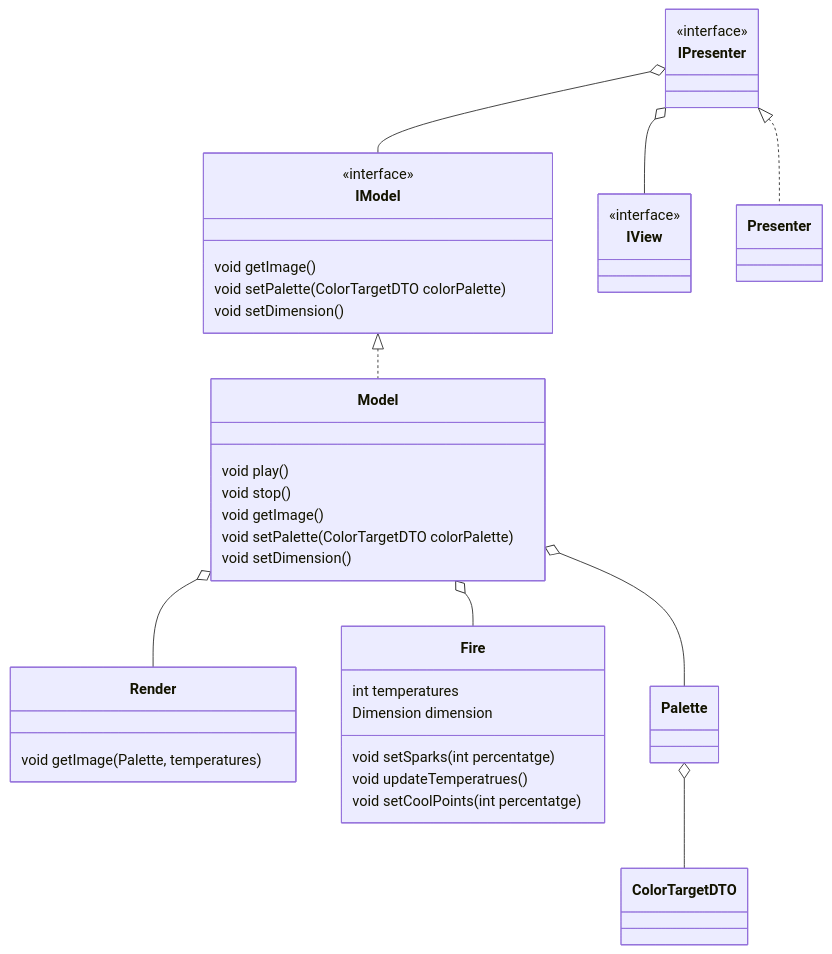
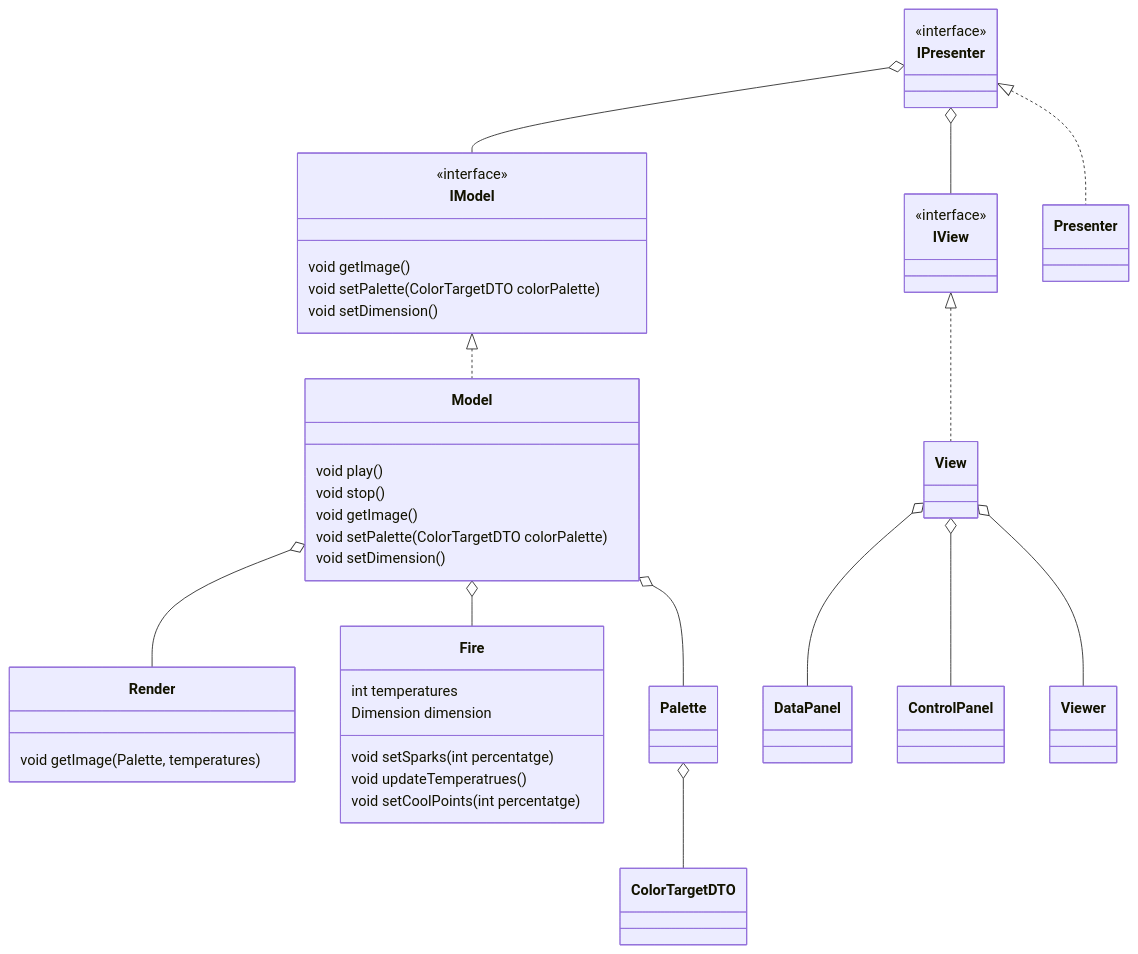
Before and after one commit to MythicProjects/desarrollo-de-aplicaciones-multiplataforma: the diagram in curso-2/desarrollo-software/desarrollo-de-videojuegos/01-algoritmo-animacion.md, drawn with Mermaid. The commit also changed other lines of this file and 1 other file, not shown here.

````diff
--- a/curso-2/desarrollo-software/desarrollo-de-videojuegos/01-algoritmo-animacion.md
+++ b/curso-2/desarrollo-software/desarrollo-de-videojuegos/01-algoritmo-animacion.md
@@ -44,45 +44,49 @@
 ```mermaid
 classDiagram
 	class IPresenter {
 		<<interface>>
 	}
 	class IModel {
 		<<interface>>
 		void getImage()
 		void setPalette(ColorTargetDTO colorPalette)
 		void setDimension()
 	}
 	class IView {
 		<<interface>>
 	}
 	
 	class Model{
 		void play()
 		void stop()
 		void getImage()
 		void setPalette(ColorTargetDTO colorPalette)
 		void setDimension()
 	}
 	
 	class Render{
 		void getImage(Palette, temperatures)
 	}
 	
 	class Fire{
 		int temperatures
 		Dimension dimension
 		void setSparks(int percentatge)
 		void updateTemperatrues()
 		void setCoolPoints(int percentatge)
 	}
 	
 	IPresenter o-- IView
 	IPresenter o-- IModel
 	IPresenter <|.. Presenter
 	IModel <|.. Model
 	Model o-- Palette
 	Model o-- Fire
 	Model o-- Render 
 	Palette o-- ColorTargetDTO
+	IView <|.. View
+	View o--DataPanel 
+	View o-- ControlPanel
+	View o-- Viewer
 	
 ```
````
